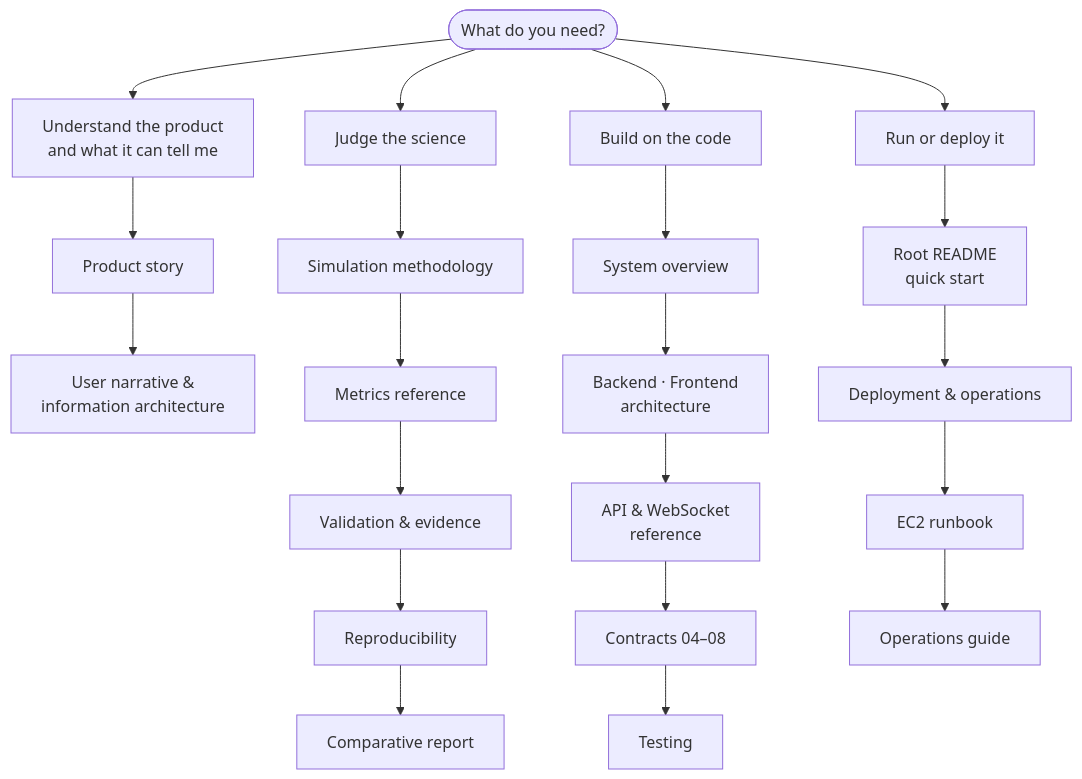
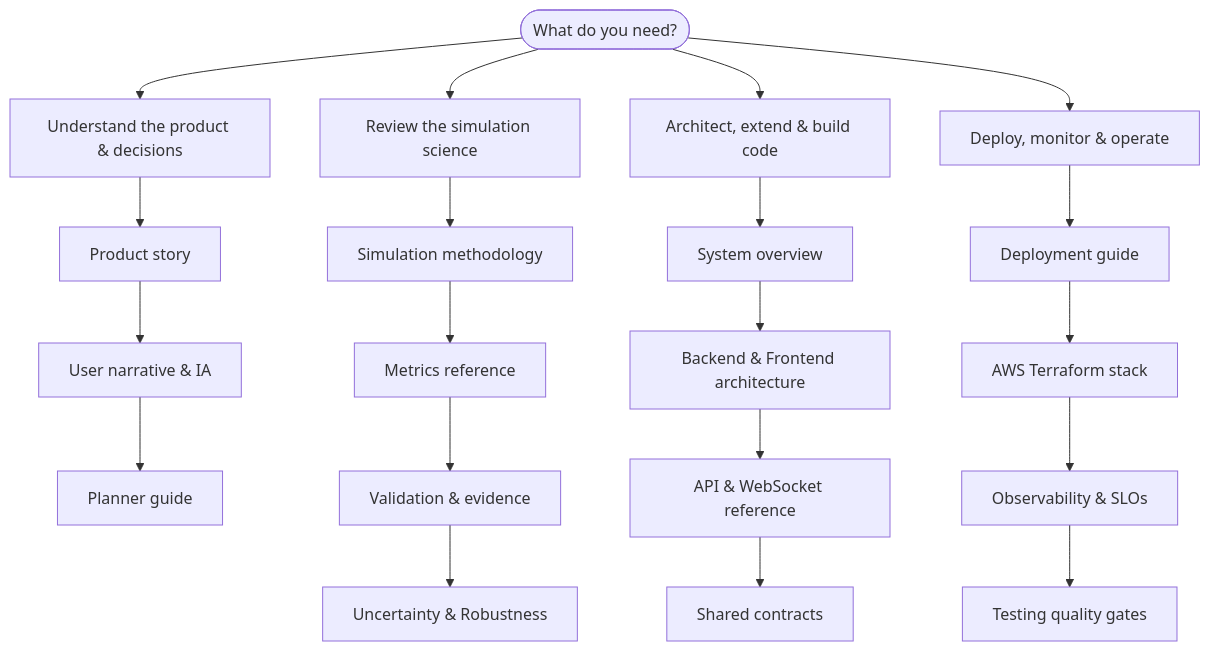
One commit to Viraj281105/Traffic-Simulation changed the diagram in docs/README.md. Above: the diagram before and after it, drawn with Mermaid. The commit also changed other lines of this file and 11 other files, not shown here.

````diff
--- a/docs/README.md
+++ b/docs/README.md
@@ -9,13 +10,13 @@
 ```mermaid
 flowchart TB
     START(["What do you need?"])
-    START --> P["Understand the product<br/>and what it can tell me"]
-    START --> R["Judge the science"]
-    START --> E["Build on the code"]
-    START --> O["Run or deploy it"]
+    START --> P["Understand the product & decisions"]
+    START --> R["Review the simulation science"]
+    START --> E["Architect, extend & build code"]
+    START --> O["Deploy, monitor & operate"]
 
-    P --> P1["Product story"] --> P2["User narrative &<br/>information architecture"]
-    R --> R1["Simulation methodology"] --> R2["Metrics reference"] --> R3["Validation & evidence"] --> R4["Reproducibility"] --> R5["Comparative report"]
-    E --> E1["System overview"] --> E2["Backend · Frontend<br/>architecture"] --> E3["API & WebSocket<br/>reference"] --> E4["Contracts 04–08"] --> E5["Testing"]
-    O --> O1["Root README<br/>quick start"] --> O2["Deployment & operations"] --> O3["EC2 runbook"] --> O4["Operations guide"]
+    P --> P1["Product story"] --> P2["User narrative & IA"] --> P3["Planner guide"]
+    R --> R1["Simulation methodology"] --> R2["Metrics reference"] --> R3["Validation & evidence"] --> R4["Uncertainty & Robustness"]
+    E --> E1["System overview"] --> E2["Backend & Frontend architecture"] --> E3["API & WebSocket reference"] --> E4["Shared contracts"]
+    O --> O1["Deployment guide"] --> O2["AWS Terraform stack"] --> O3["Observability & SLOs"] --> O4["Testing quality gates"]
 ```
````
